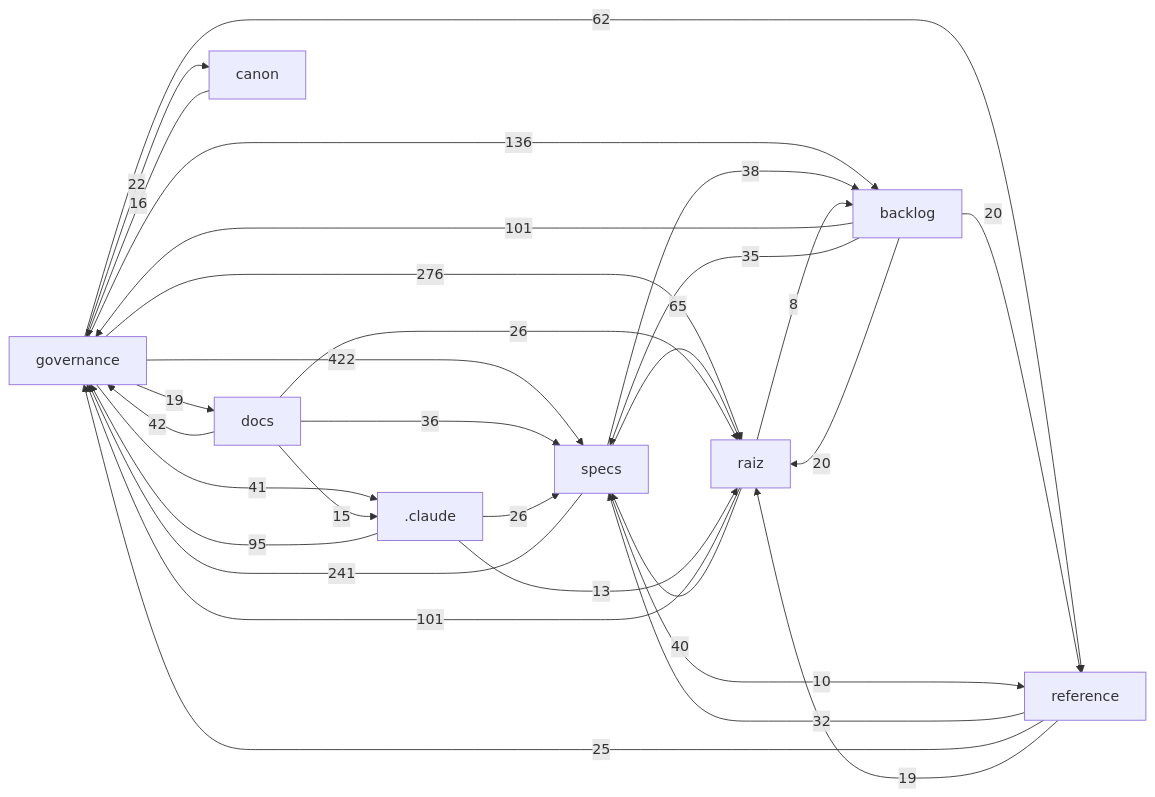
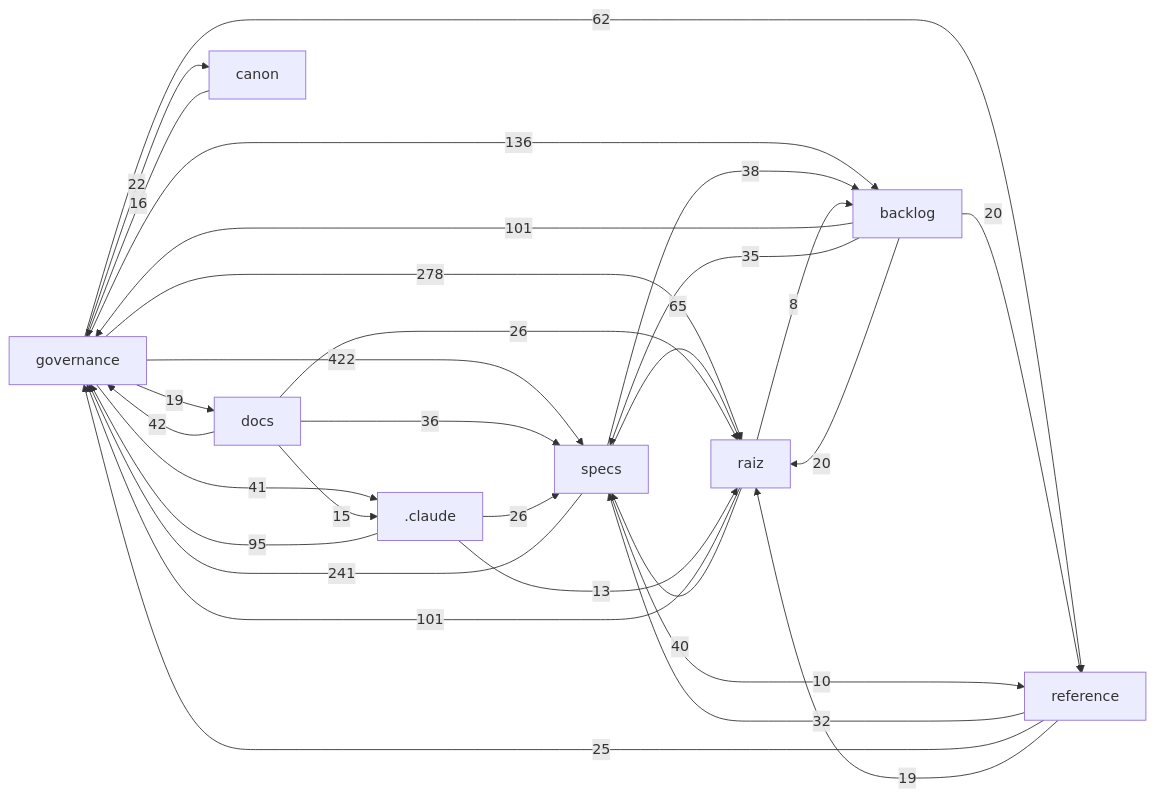
Before and after one commit to Andraus35/Sistema-Operacional-de-Trading--SOT: the diagram in docs/mapa/MAPA-PROJETO.md, drawn with Mermaid. The commit also changed other lines of this file and 3 other files, not shown here.

````diff
--- a/docs/mapa/MAPA-PROJETO.md
+++ b/docs/mapa/MAPA-PROJETO.md
@@ -29,32 +29,32 @@
 ```mermaid
 flowchart LR
   governance["governance"] -->|422| specs["specs"]
-  governance["governance"] -->|276| raiz["raiz"]
+  governance["governance"] -->|278| raiz["raiz"]
   specs["specs"] -->|241| governance["governance"]
   governance["governance"] -->|136| backlog["backlog"]
   raiz["raiz"] -->|101| governance["governance"]
   backlog["backlog"] -->|101| governance["governance"]
   _claude[".claude"] -->|95| governance["governance"]
   specs["specs"] -->|65| raiz["raiz"]
   governance["governance"] -->|62| reference["reference"]
   docs["docs"] -->|42| governance["governance"]
   governance["governance"] -->|41| _claude[".claude"]
   raiz["raiz"] -->|40| specs["specs"]
   specs["specs"] -->|38| backlog["backlog"]
   docs["docs"] -->|36| specs["specs"]
   backlog["backlog"] -->|35| specs["specs"]
   reference["reference"] -->|32| specs["specs"]
   _claude[".claude"] -->|26| specs["specs"]
   docs["docs"] -->|26| raiz["raiz"]
   reference["reference"] -->|25| governance["governance"]
   governance["governance"] -->|22| canon["canon"]
   backlog["backlog"] -->|20| raiz["raiz"]
   backlog["backlog"] -->|20| reference["reference"]
   governance["governance"] -->|19| docs["docs"]
   reference["reference"] -->|19| raiz["raiz"]
   canon["canon"] -->|16| governance["governance"]
   docs["docs"] -->|15| _claude[".claude"]
   _claude[".claude"] -->|13| raiz["raiz"]
   specs["specs"] -->|10| reference["reference"]
   raiz["raiz"] -->|8| backlog["backlog"]
 ```
````
